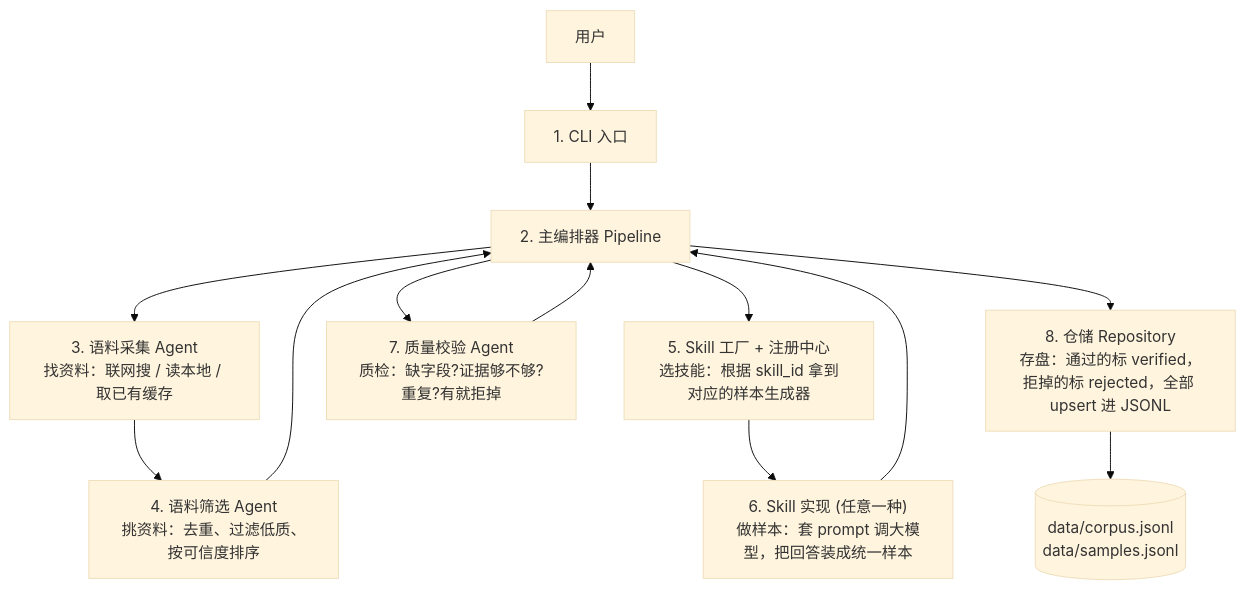
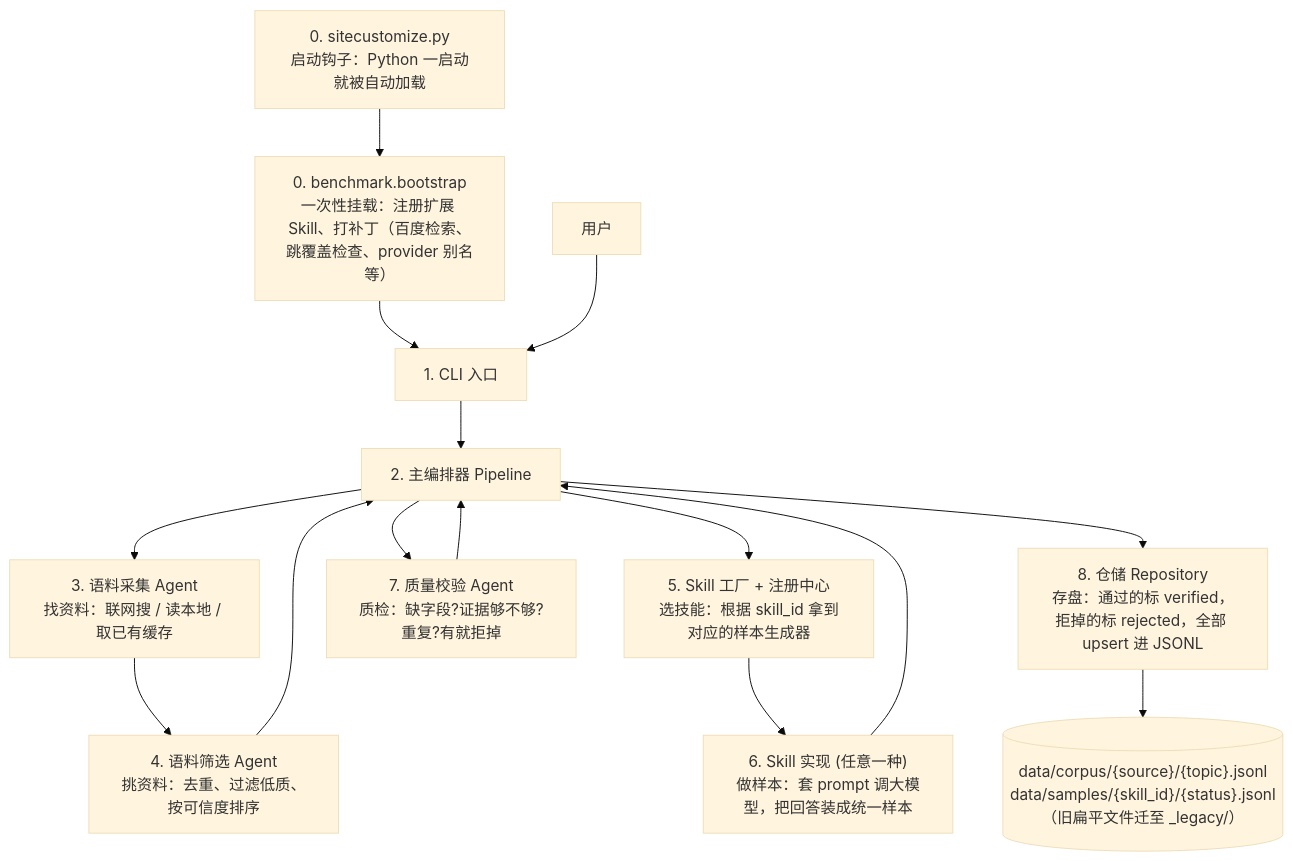
Before and after one commit to gomate-community/EvoBench: the first of 2 diagrams in docs/benchmark_qa_pipeline_demo.md, drawn with Mermaid (base theme). The commit also changed other lines of this file and 31 other files, not shown here.

````diff
--- a/docs/benchmark_qa_pipeline_demo.md
+++ b/docs/benchmark_qa_pipeline_demo.md
@@ -13,19 +13,22 @@
 ```mermaid
 graph TB
     U["用户"]
+    Z0["0. sitecustomize.py<br/>启动钩子：Python 一启动就被自动加载"]
+    Z1["0. benchmark.bootstrap<br/>一次性挂载：注册扩展 Skill、打补丁（百度检索、跳覆盖检查、provider 别名等）"]
     A["1. CLI 入口"]
     B["2. 主编排器 Pipeline"]
     C["3. 语料采集 Agent<br/>找资料：联网搜 / 读本地 / 取已有缓存"]
     D["4. 语料筛选 Agent<br/>挑资料：去重、过滤低质、按可信度排序"]
     E["5. Skill 工厂 + 注册中心<br/>选技能：根据 skill_id 拿到对应的样本生成器"]
     F["6. Skill 实现 (任意一种)<br/>做样本：套 prompt 调大模型，把回答装成统一样本"]
     G["7. 质量校验 Agent<br/>质检：缺字段?证据够不够?重复?有就拒掉"]
     H["8. 仓储 Repository<br/>存盘：通过的标 verified，拒掉的标 rejected，全部 upsert 进 JSONL"]
-    O[("data/corpus.jsonl<br/>data/samples.jsonl")]
+    O[("data/corpus/{source}/{topic}.jsonl<br/>data/samples/{skill_id}/{status}.jsonl<br/>（旧扁平文件迁至 _legacy/）")]
 
+    Z0 --> Z1 --> A
     U --> A --> B
     B --> C --> D --> B
     B --> E --> F --> B
     B --> G --> B
     B --> H --> O
 ```
````
